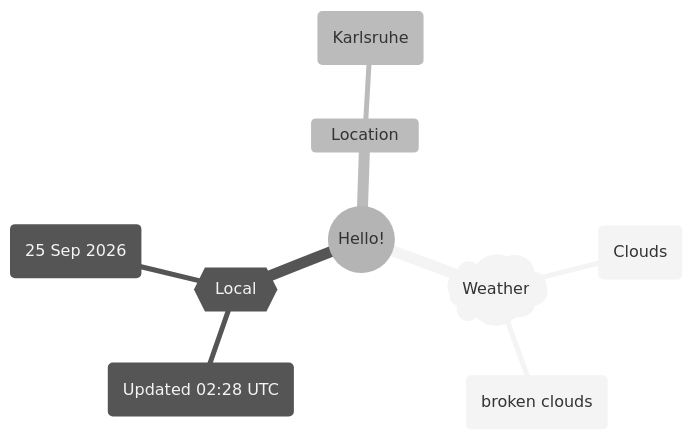
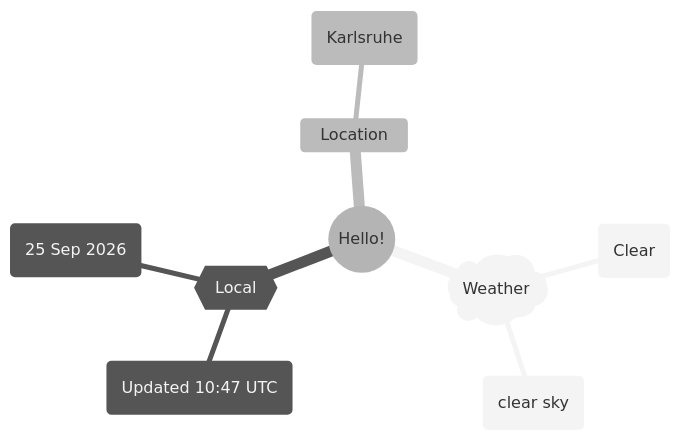
The first of 2 diagrams in README.md (Xosrov/Xosrov), drawn with Mermaid (neutral theme) before and after one commit.

Commit message:
[bot] updated images

````diff
--- a/README.md
+++ b/README.md
@@ -3,12 +3,12 @@
 ```mermaid
 mindmap
   root((Hello!))
     )Weather(
-        (Clouds)
-        (broken clouds)
+        (Clear)
+        (clear sky)
     {{Local}}
-        (Updated 02:28 UTC)
+        (Updated 10:47 UTC)
         (25 Sep 2026)
     Location
         (Karlsruhe)
 ```
````
